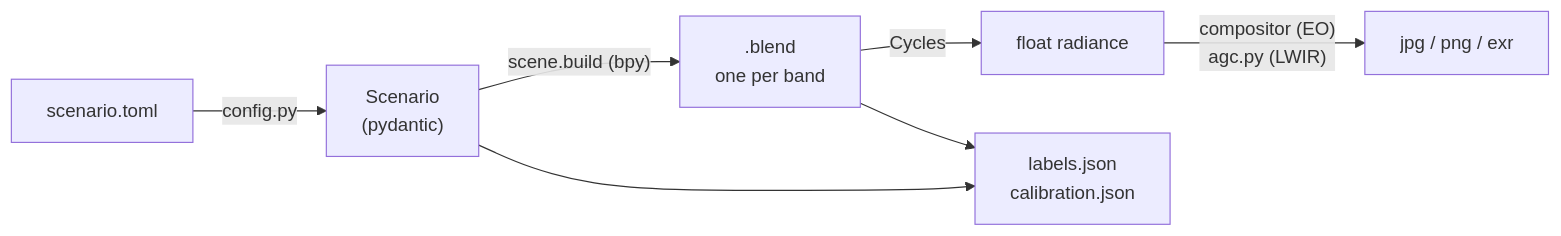
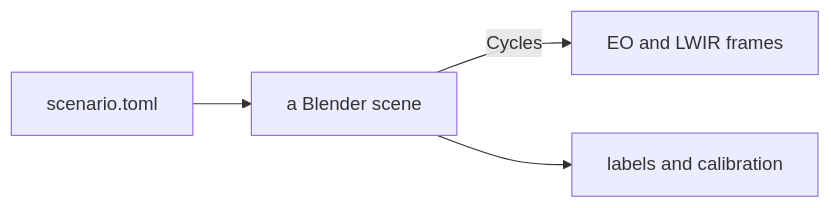
One commit to SEA-AI/seascape changed the diagram in docs/primer/README.md. Above: the diagram before and after it, drawn with Mermaid. The commit also changed other lines of this file and 16 other files, not shown here.

First line of the commit message:
docs: the primer as a plain tour, branded charts, the drift-prone ones cut

````diff
--- a/docs/primer/README.md
+++ b/docs/primer/README.md
@@ -19,9 +17,6 @@
 ```mermaid
 flowchart LR
-    toml["scenario.toml"] -->|config.py| model["Scenario<br/>(pydantic)"]
-    model -->|"scene.build (bpy)"| blend[".blend<br/>one per band"]
-    blend -->|Cycles| radiance["float radiance"]
-    radiance -->|"compositor (EO)<br/>agc.py (LWIR)"| images["jpg / png / exr"]
-    model --> truth["labels.json<br/>calibration.json"]
-    blend --> truth
+    toml["scenario.toml"] --> scene["a Blender scene"]
+    scene -->|Cycles| frames["EO and LWIR frames"]
+    scene --> truth["labels and calibration"]
 ```
````
